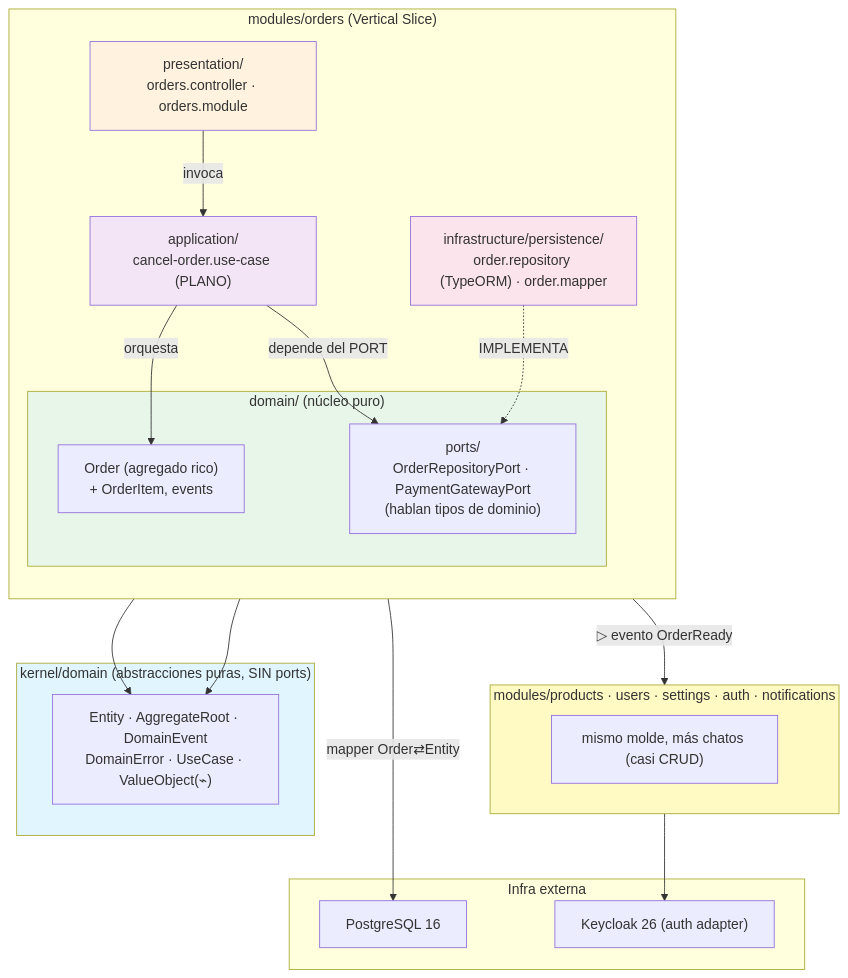
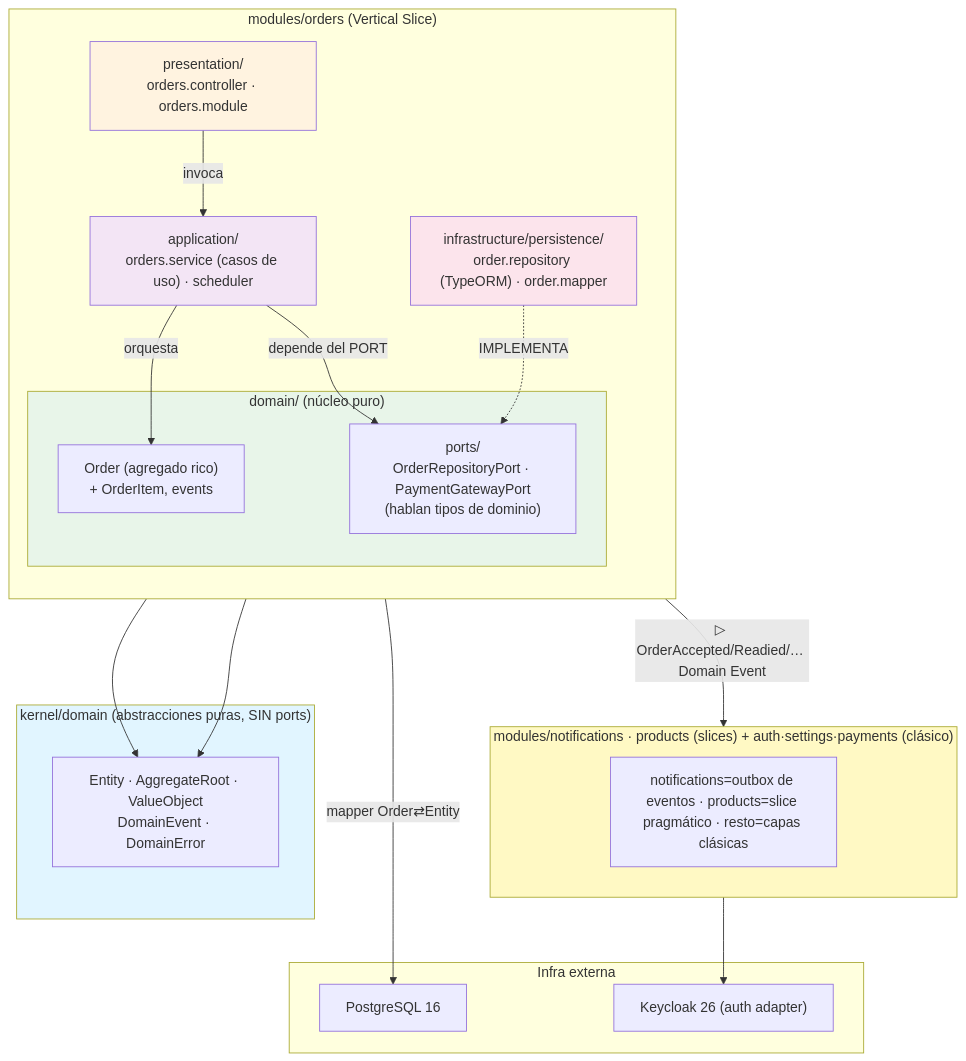
The second of 4 diagrams in UTC-Proyecto/.claude/Architecture.md (EmmaAle11/Proyecto---UTC---Innovacion), drawn with Mermaid before and after one commit. The commit also changed other lines of this file and 1 other file, not shown here.

First line of the commit message:
docs(.claude): alinear Architecture + cerrar REFACTORING_PLAN con el estado real (D-038..D-046)

````diff
--- a/UTC-Proyecto/.claude/Architecture.md
+++ b/UTC-Proyecto/.claude/Architecture.md
@@ -997,43 +908,43 @@
 ```mermaid
 graph TB
     subgraph Kernel["kernel/domain (abstracciones puras, SIN ports)"]
-        K["Entity · AggregateRoot · DomainEvent<br/>DomainError · UseCase · ValueObject(⌁)"]
+        K["Entity · AggregateRoot · ValueObject<br/>DomainEvent · DomainError"]
     end
 
     subgraph OrdersMod["modules/orders (Vertical Slice)"]
         direction TB
         OPres["presentation/<br/>orders.controller · orders.module"]
-        OApp["application/<br/>cancel-order.use-case (PLANO)"]
+        OApp["application/<br/>orders.service (casos de uso) · scheduler"]
         subgraph ODom["domain/ (núcleo puro)"]
             OA["Order (agregado rico)<br/>+ OrderItem, events"]
             OPort["ports/<br/>OrderRepositoryPort · PaymentGatewayPort<br/>(hablan tipos de dominio)"]
         end
         OInfra["infrastructure/persistence/<br/>order.repository (TypeORM) · order.mapper"]
     end
 
-    subgraph OtherMods["modules/products · users · settings · auth · notifications"]
-        OM["mismo molde, más chatos (casi CRUD)"]
+    subgraph OtherMods["modules/notifications · products (slices) + auth·settings·payments (clásico)"]
+        OM["notifications=outbox de eventos · products=slice pragmático · resto=capas clásicas"]
     end
 
     subgraph Ext["Infra externa"]
         DB["PostgreSQL 16"]
         KC["Keycloak 26 (auth adapter)"]
     end
 
     OPres -->|invoca| OApp
     OApp -->|orquesta| OA
     OApp -->|depende del PORT| OPort
     OInfra -.->|IMPLEMENTA| OPort
     OInfra -->|mapper Order⇄Entity| DB
     OA --> K
     OPort --> K
-    OrdersMod -->|▷ evento OrderReady| OtherMods
+    OrdersMod -->|▷ OrderAccepted/Readied/… Domain Event| OtherMods
     OtherMods --> KC
 
     style Kernel fill:#e1f5ff
     style ODom fill:#e8f5e9
     style OApp fill:#f3e5f5
     style OInfra fill:#fce4ec
     style OPres fill:#fff3e0
     style OtherMods fill:#fff9c4
 ```
````
